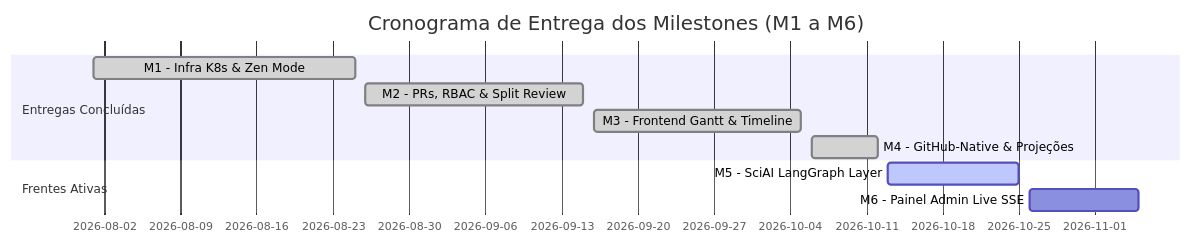
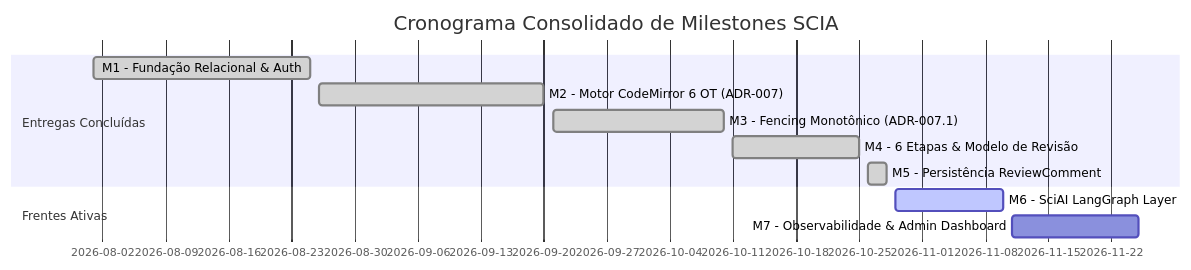
One commit to Digital-Analytics-Apps/sci-latex-vscode-ai changed the diagram in docs/IMPLEMENTATION_PLAN.md. Above: the diagram before and after it, drawn with Mermaid. The commit also changed other lines of this file and 60 other files, not shown here.

````diff
--- a/docs/IMPLEMENTATION_PLAN.md
+++ b/docs/IMPLEMENTATION_PLAN.md
@@ -208,13 +166,14 @@
 ```mermaid
 gantt
-    title Cronograma de Entrega dos Milestones (M1 a M6)
+    title Cronograma Consolidado de Milestones SCIA
     dateFormat  YYYY-MM-DD
     section Entregas Concluídas
-    M1 - Infra K8s & Zen Mode        :done, m1, 2026-08-01, 2026-08-25
-    M2 - PRs, RBAC & Split Review    :done, m2, 2026-08-26, 2026-09-15
-    M3 - Frontend Gantt & Timeline   :done, m3, 2026-09-16, 2026-10-05
-    M4 - GitHub-Native & Projeções   :done, m4, 2026-10-06, 2026-10-12
+    M1 - Fundação Relacional & Auth         :done, m1, 2026-08-01, 2026-08-25
+    M2 - Motor CodeMirror 6 OT (ADR-007)   :done, m2, 2026-08-26, 2026-09-20
+    M3 - Fencing Monotônico (ADR-007.1)    :done, m3, 2026-09-21, 2026-10-10
+    M4 - 6 Etapas & Modelo de Revisão      :done, m4, 2026-10-11, 2026-10-25
+    M5 - Persistência ReviewComment        :done, m5, 2026-10-26, 2026-10-28
     section Frentes Ativas
-    M5 - SciAI LangGraph Layer       :active, m5, 2026-10-13, 2026-10-25
-    M6 - Painel Admin Live SSE       :m6, 2026-10-26, 2026-11-05
+    M6 - SciAI LangGraph Layer             :active, m6, 2026-10-29, 2026-11-10
+    M7 - Observabilidade & Admin Dashboard :m7, 2026-11-11, 2026-11-25
 ```
````
